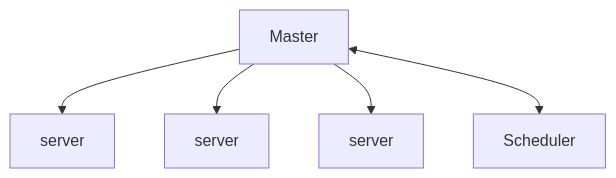
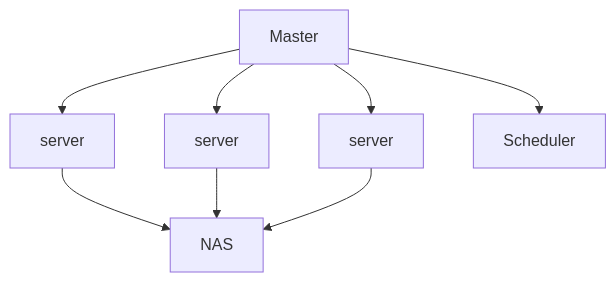
Before and after one commit to cjh1212/Internship-Project-CICD: the third of 3 diagrams in README.md, drawn with Mermaid.

````diff
--- a/README.md
+++ b/README.md
@@ -62,7 +62,10 @@
 ```mermaid
 graph
 A[Master] --> B[server]
 A --> C[server]
 A --> D[server]
-A <--> E[Scheduler]
+A --> E[Scheduler]
+B --> F[NAS]
+C --> F
+D --> F
 ```
````
